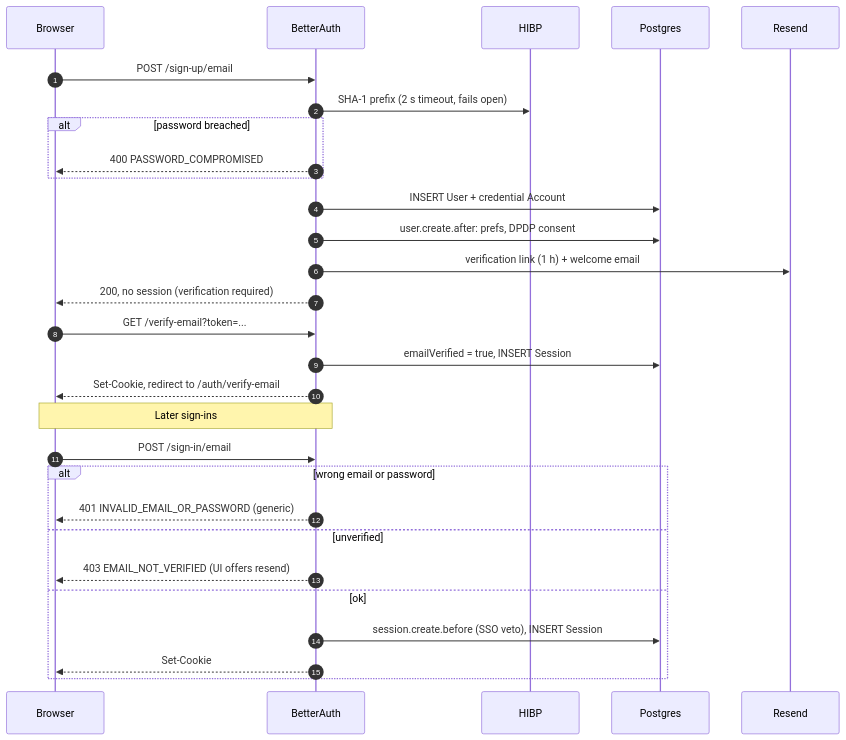
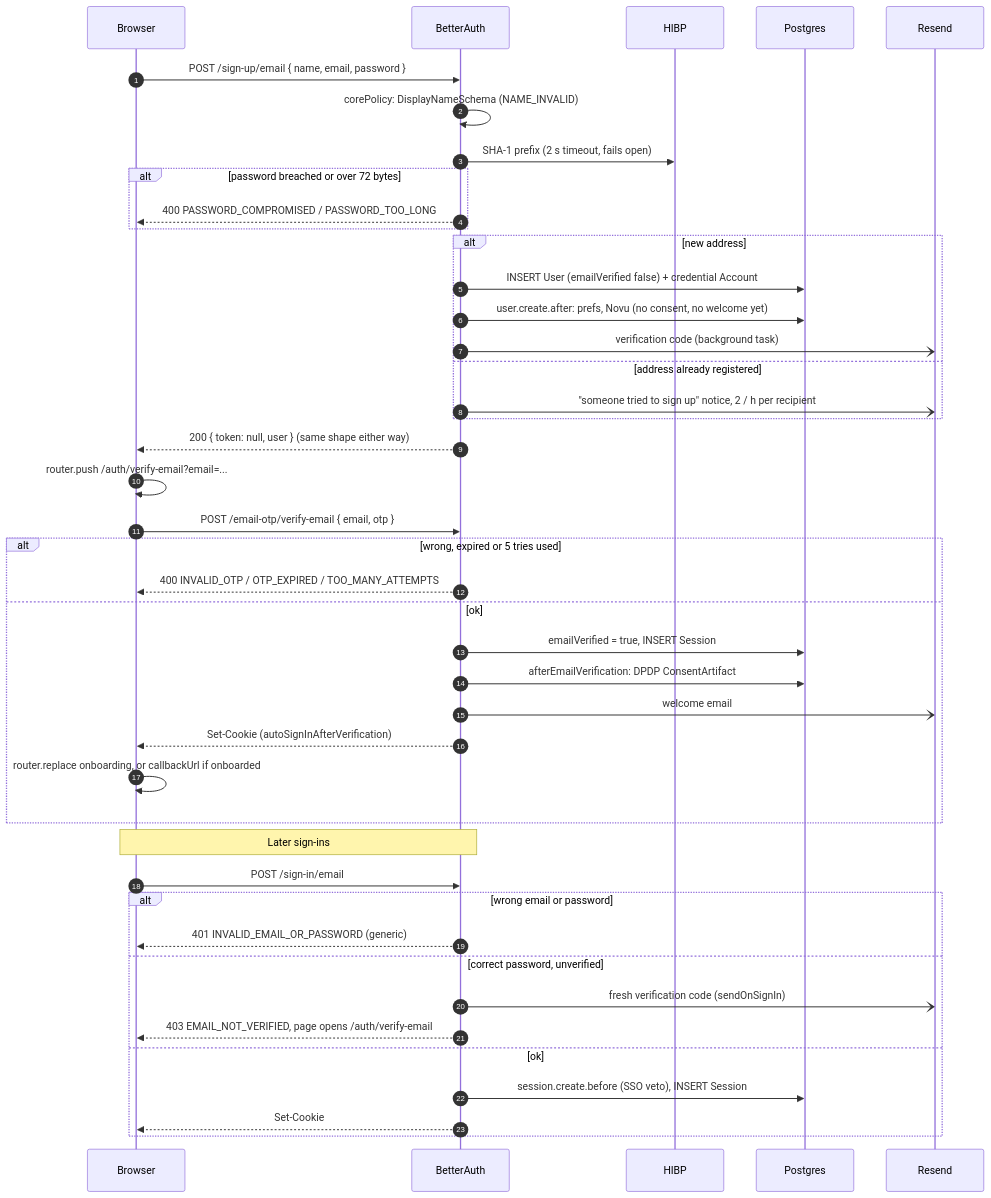
The fourth of 12 diagrams in docs/authentication/architecture.md (Practitionist/familiarise_web), drawn with Mermaid before and after one commit. The commit also changed other lines of this file and 533 other files, not shown here.

First line of the commit message:
fix(auth): auth, 2FA, SSO, sessions and onboarding mega-fix (#2070)

````diff
--- a/docs/authentication/architecture.md
+++ b/docs/authentication/architecture.md
@@ -136,32 +235,46 @@
 ```mermaid
 sequenceDiagram
   autonumber
   participant B as Browser
   participant BA as BetterAuth
   participant H as HIBP
   participant DB as Postgres
   participant M as Resend
 
-  B->>BA: POST /sign-up/email
+  B->>BA: POST /sign-up/email { name, email, password }
+  BA->>BA: corePolicy: DisplayNameSchema (NAME_INVALID)
   BA->>H: SHA-1 prefix (2 s timeout, fails open)
-  alt password breached
-    BA-->>B: 400 PASSWORD_COMPROMISED
+  alt password breached or over 72 bytes
+    BA-->>B: 400 PASSWORD_COMPROMISED / PASSWORD_TOO_LONG
   end
-  BA->>DB: INSERT User + credential Account
-  BA->>DB: user.create.after: prefs, DPDP consent
-  BA->>M: verification link (1 h) + welcome email
-  BA-->>B: 200, no session (verification required)
-  B->>BA: GET /verify-email?token=...
-  BA->>DB: emailVerified = true, INSERT Session
-  BA-->>B: Set-Cookie, redirect to /auth/verify-email
+  alt new address
+    BA->>DB: INSERT User (emailVerified false) + credential Account
+    BA->>DB: user.create.after: prefs, Novu (no consent, no welcome yet)
+    BA-)M: verification code (background task)
+  else address already registered
+    BA-)M: "someone tried to sign up" notice, 2 / h per recipient
+  end
+  BA-->>B: 200 { token: null, user } (same shape either way)
+  B->>B: router.push /auth/verify-email?email=...
+  B->>BA: POST /email-otp/verify-email { email, otp }
+  alt wrong, expired or 5 tries used
+    BA-->>B: 400 INVALID_OTP / OTP_EXPIRED / TOO_MANY_ATTEMPTS
+  else ok
+    BA->>DB: emailVerified = true, INSERT Session
+    BA->>DB: afterEmailVerification: DPDP ConsentArtifact
+    BA-)M: welcome email
+    BA-->>B: Set-Cookie (autoSignInAfterVerification)
+    B->>B: router.replace onboarding, or callbackUrl if onboarded
+  end
   Note over B,BA: Later sign-ins
   B->>BA: POST /sign-in/email
   alt wrong email or password
     BA-->>B: 401 INVALID_EMAIL_OR_PASSWORD (generic)
-  else unverified
-    BA-->>B: 403 EMAIL_NOT_VERIFIED (UI offers resend)
+  else correct password, unverified
+    BA-)M: fresh verification code (sendOnSignIn)
+    BA-->>B: 403 EMAIL_NOT_VERIFIED, page opens /auth/verify-email
   else ok
     BA->>DB: session.create.before (SSO veto), INSERT Session
     BA-->>B: Set-Cookie
   end
 ```
````
